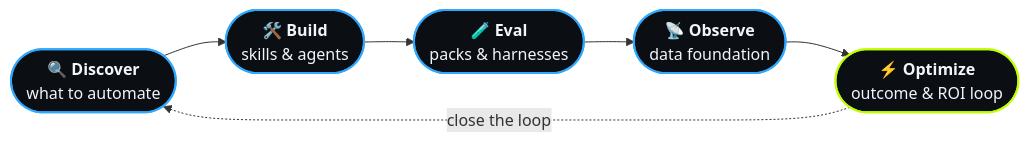
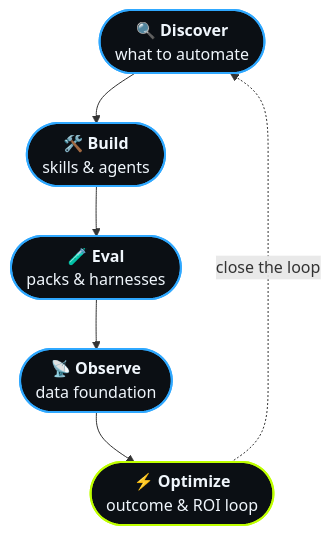
Before and after one commit to coachmanjeet/coachmanjeet: the diagram in README.md, drawn with Mermaid.

Commit message:
Flywheel diagram: top-down layout to avoid toolbar overlap

````diff
--- a/README.md
+++ b/README.md
@@ -18,13 +18,13 @@
 ```mermaid
-flowchart LR
+flowchart TD
     discover(["🔍 <b>Discover</b><br/>what to automate"]) --> build(["🛠️ <b>Build</b><br/>skills & agents"])
     build --> eval(["🧪 <b>Eval</b><br/>packs & harnesses"])
     eval --> observe(["📡 <b>Observe</b><br/>data foundation"])
     observe --> optimize(["⚡ <b>Optimize</b><br/>outcome & ROI loop"])
     optimize -.->|"close the loop"| discover
 
     classDef stage fill:#0B0F14,stroke:#2FA8FF,stroke-width:2px,color:#F0F6FC
     classDef accent fill:#0B0F14,stroke:#BFFF00,stroke-width:2px,color:#F0F6FC
     class discover,build,eval,observe stage
     class optimize accent
 ```
````
